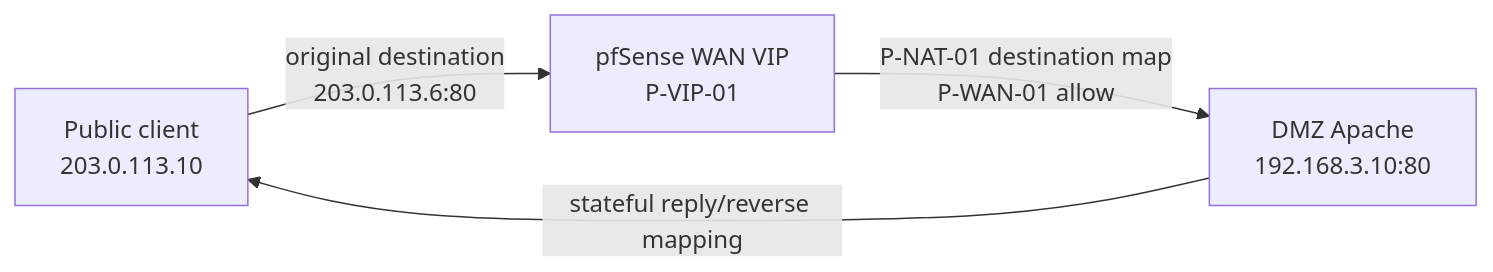
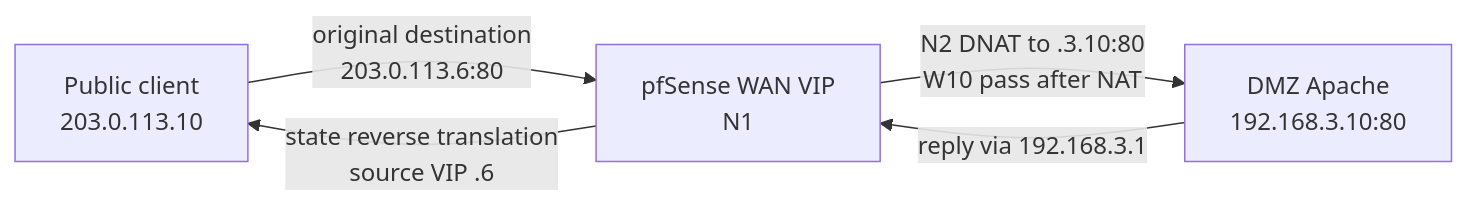
Before and after one commit to RJMoral160/cybersecurity-portfolio: the first of 2 diagrams in projects/firewall-dmz-security/diagrams/nat-flows.md, drawn with Mermaid. The commit also changed other lines of this file and 62 other files, not shown here.

````diff
--- a/projects/firewall-dmz-security/diagrams/nat-flows.md
+++ b/projects/firewall-dmz-security/diagrams/nat-flows.md
@@ -7,6 +7,7 @@
 ```mermaid
 flowchart LR
-  C["Public client<br/>203.0.113.10"] -->|"original destination<br/>203.0.113.6:80"| PF["pfSense WAN VIP<br/>P-VIP-01"]
-  PF -->|"P-NAT-01 destination map<br/>P-WAN-01 allow"| S["DMZ Apache<br/>192.168.3.10:80"]
-  S -->|"stateful reply/reverse mapping"| C
+  C["Public client<br/>203.0.113.10"] -->|"original destination<br/>203.0.113.6:80"| PF["pfSense WAN VIP<br/>N1"]
+  PF -->|"N2 DNAT to .3.10:80<br/>W10 pass after NAT"| S["DMZ Apache<br/>192.168.3.10:80"]
+  S -->|"reply via 192.168.3.1"| PF
+  PF -->|"state reverse translation<br/>source VIP .6"| C
 ```
````
